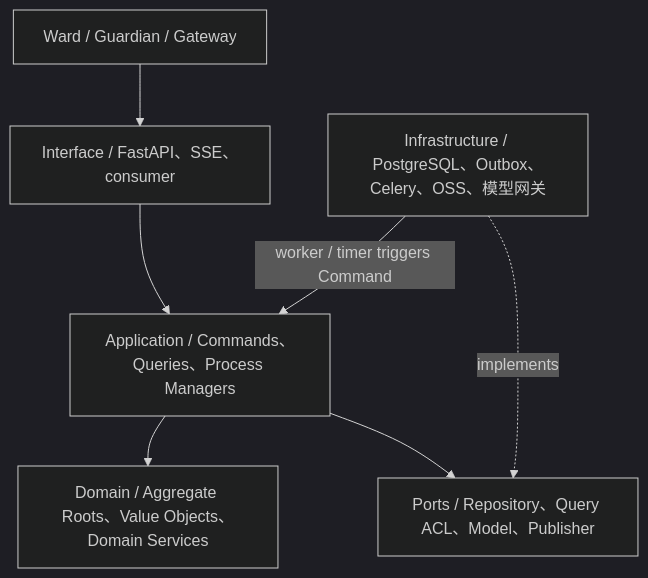
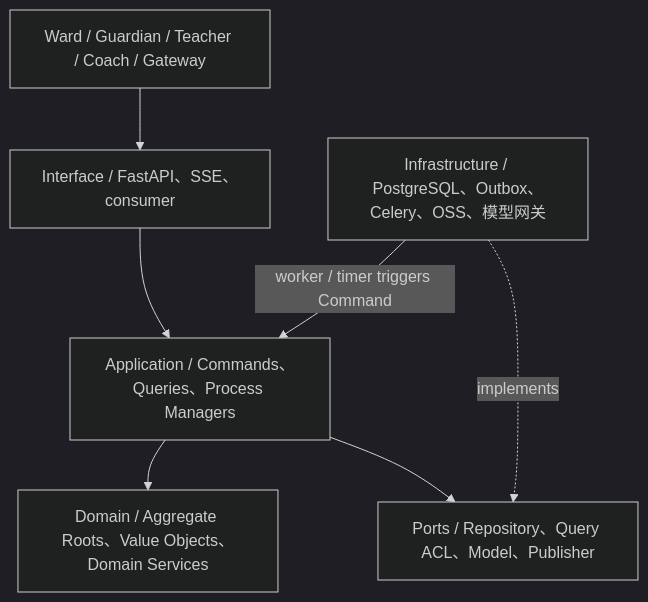
The second of 2 diagrams in docs/technical/ddd-overview.md (johanchow/duxue), drawn with Mermaid (dark theme) before and after one commit. The commit also changed other lines of this file and 15 other files, not shown here.

````diff
--- a/docs/technical/ddd-overview.md
+++ b/docs/technical/ddd-overview.md
@@ -105,15 +103,15 @@
 ```mermaid
 flowchart TB
-    ACT[Ward / Guardian / Gateway]
+    ACT[Ward / Guardian / Teacher / Coach / Gateway]
     IF[Interface / FastAPI、SSE、consumer]
     APP[Application / Commands、Queries、Process Managers]
     DOM[Domain / Aggregate Roots、Value Objects、Domain Services]
     PORT[Ports / Repository、Query ACL、Model、Publisher]
     INF[Infrastructure / PostgreSQL、Outbox、Celery、OSS、模型网关]
     ACT --> IF
     IF --> APP
     APP --> DOM
     APP --> PORT
     INF -.implements.-> PORT
     INF -->|worker / timer triggers Command| APP
 ```
````
